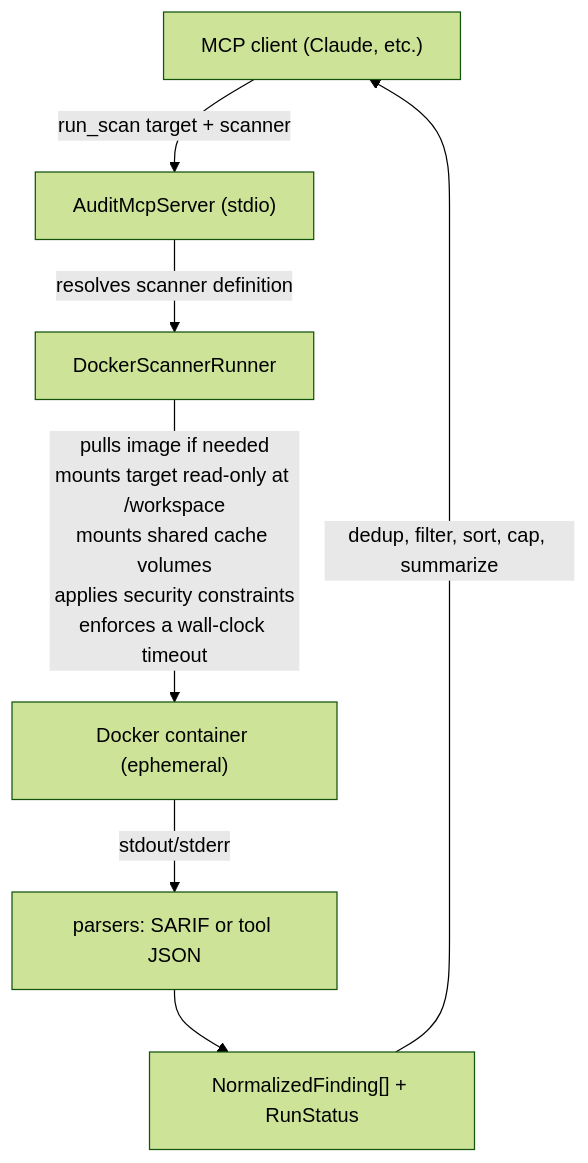
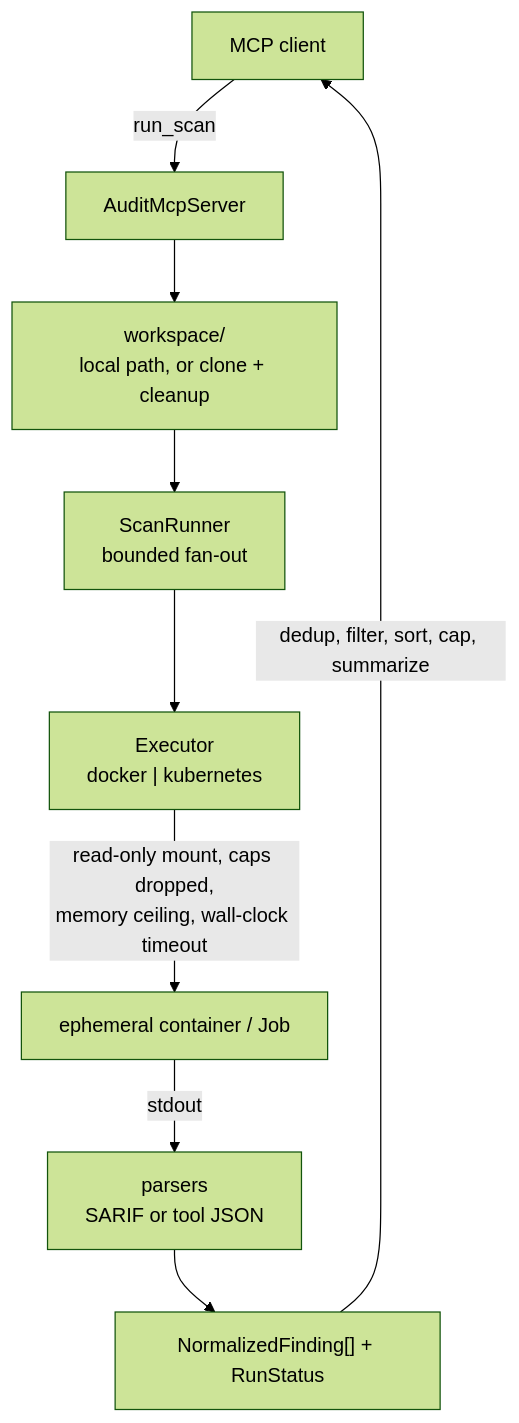
The diagram in README.md (mbround18/audit-mcp), drawn with Mermaid (forest theme) before and after one commit. The commit also changed other lines of this file and 9 other files, not shown here.

````diff
--- a/README.md
+++ b/README.md
@@ -179,9 +263,11 @@
 ```mermaid
 flowchart TD
-    A["MCP client (Claude, etc.)"] -->|"run_scan target + scanner"| B["AuditMcpServer (stdio)"]
-    B -->|"resolves scanner definition"| C["DockerScannerRunner"]
-    C -->|"pulls image if needed<br/>mounts target read-only at /workspace<br/>mounts shared cache volumes<br/>applies security constraints<br/>enforces a wall-clock timeout"| D["Docker container (ephemeral)"]
-    D -->|"stdout/stderr"| P["parsers: SARIF or tool JSON"]
-    P --> E["NormalizedFinding[] + RunStatus"]
-    E -->|"dedup, filter, sort, cap, summarize"| A
+    A["MCP client"] -->|run_scan| B["AuditMcpServer"]
+    B --> W["workspace/<br/>local path, or clone + cleanup"]
+    W --> C["ScanRunner<br/>bounded fan-out"]
+    C --> D["Executor<br/>docker | kubernetes"]
+    D -->|"read-only mount, caps dropped,<br/>memory ceiling, wall-clock timeout"| E["ephemeral container / Job"]
+    E -->|stdout| P["parsers<br/>SARIF or tool JSON"]
+    P --> F["NormalizedFinding[] + RunStatus"]
+    F -->|"dedup, filter, sort, cap, summarize"| A
 ```
````
